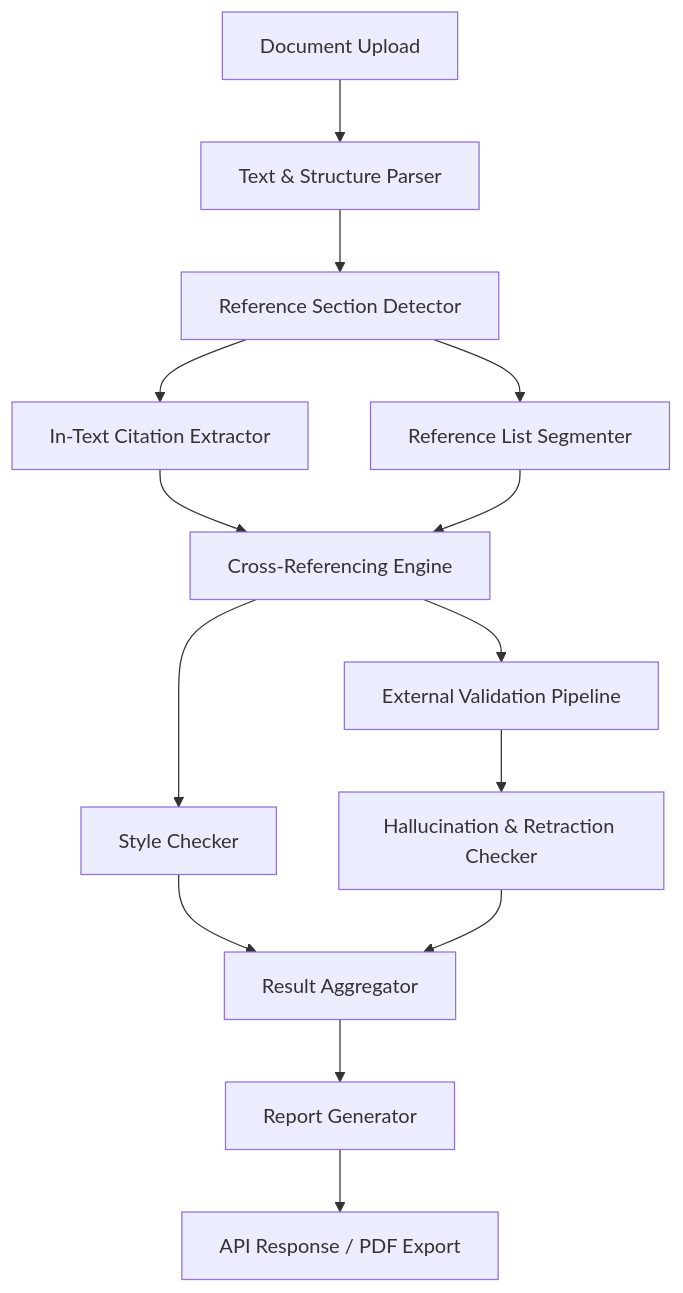
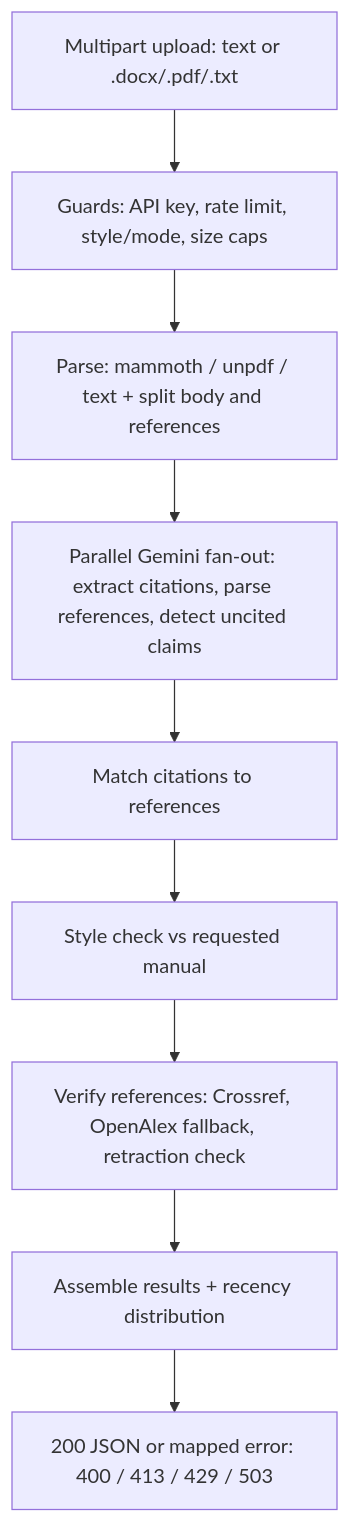
Before and after one commit to Faithmanex/citepilot: the first of 2 diagrams in 03-technical-architecture/14-ai-nlp-design.md, drawn with Mermaid. The commit also changed other lines of this file and 10 other files, not shown here.

First line of the commit message:
docs(ai): align pipeline, API, schema, ADR and testing docs with shipped system

````diff
--- a/03-technical-architecture/14-ai-nlp-design.md
+++ b/03-technical-architecture/14-ai-nlp-design.md
@@ -11,16 +11,11 @@
 ```mermaid
 graph TD
-    A[Document Upload] --> B[Text & Structure Parser]
-    B --> C[Reference Section Detector]
-    C --> D[In-Text Citation Extractor]
-    C --> E[Reference List Segmenter]
-    D --> F[Cross-Referencing Engine]
-    E --> F
-    F --> G[Style Checker]
-    F --> H[External Validation Pipeline]
-    H --> I[Hallucination & Retraction Checker]
-    G --> J[Result Aggregator]
-    I --> J
-    J --> K[Report Generator]
-    K --> L[API Response / PDF Export]
+    A[Multipart upload: text or .docx/.pdf/.txt] --> B[Guards: API key, rate limit, style/mode, size caps]
+    B --> C[Parse: mammoth / unpdf / text + split body and references]
+    C --> D[Parallel Gemini fan-out: extract citations, parse references, detect uncited claims]
+    D --> E[Match citations to references]
+    E --> F[Style check vs requested manual]
+    F --> G[Verify references: Crossref, OpenAlex fallback, retraction check]
+    G --> H[Assemble results + recency distribution]
+    H --> I[200 JSON or mapped error: 400 / 413 / 429 / 503]
 ```
````
